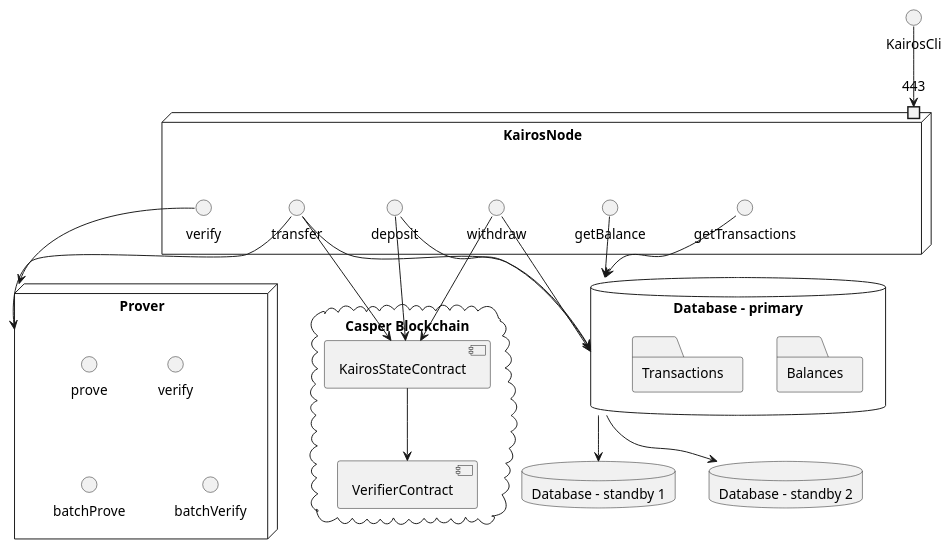
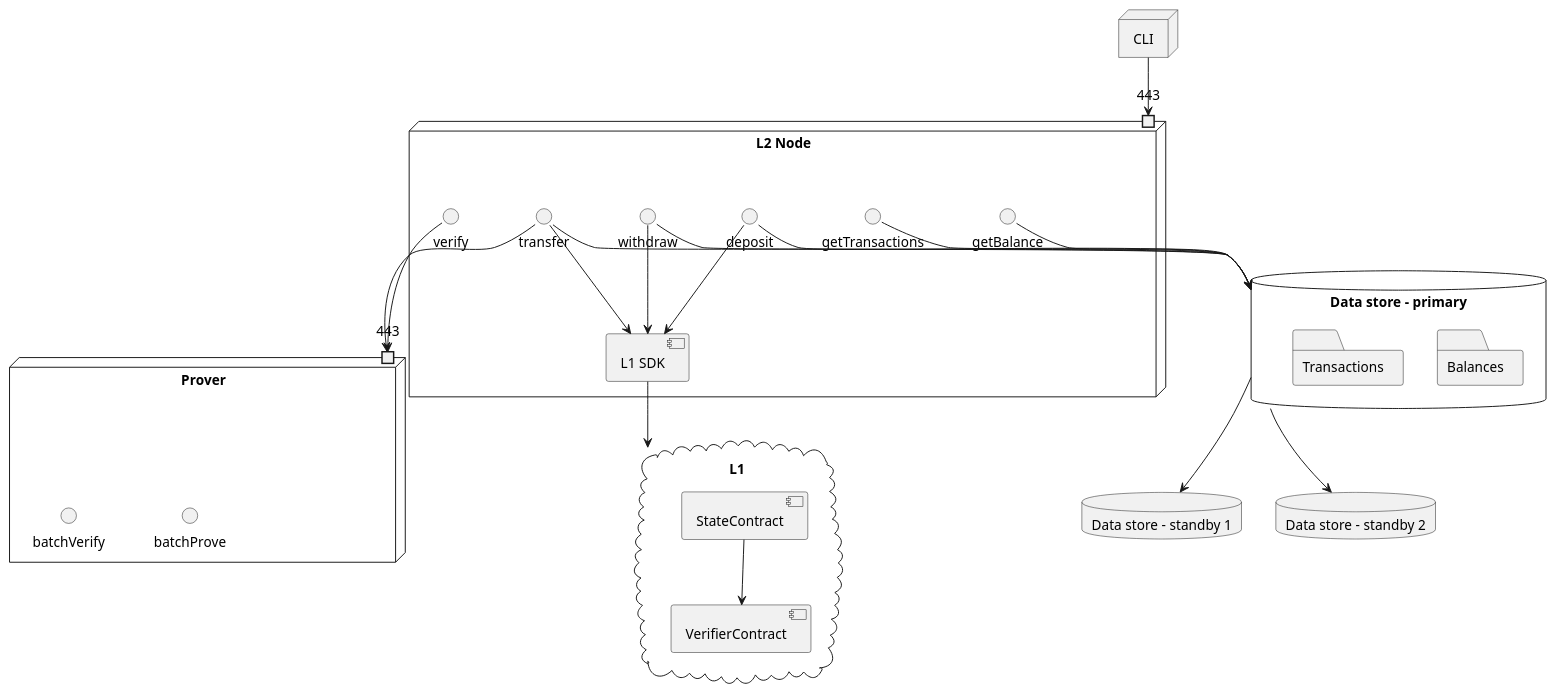
Before and after one commit to cspr-rad/kairos-spec: the diagram in diagrams/components_diagram.puml, drawn with PlantUML.

Commit message:
diagrams: update component diagram

```diff
--- a/diagrams/components_diagram.puml
+++ b/diagrams/components_diagram.puml
@@ -1,57 +1,61 @@
 @startuml
-node "KairosNode" {
+node "CLI" {
+}
+
+node "L2 Node" {
+  [L1 SDK]
   port 443
   () "transfer"
   () "verify"
   () "deposit"
   () "withdraw"
   () "getBalance"
   () "getTransactions"
 }
 
 node "Prover" {
-  () "prove"
-  () "verify" as pVerify
+  port 443 as proverPort
   () "batchProve"
   () "batchVerify"
 }
 
-database "Database - primary" {
+database "Data store - primary" {
   folder "Balances" {
   }
   folder "Transactions" {
   }
 }
-database "Database - standby 1" {
+database "Data store - standby 1" {
 }
-database "Database - standby 2" {
+database "Data store - standby 2" {
 }
-cloud "Casper Blockchain" {
+cloud "L1" {
   [VerifierContract]
-  [KairosStateContract]
+  [StateContract]
 }
 
-"KairosCli" --> "443"
+"CLI" --> "443"
 
-"transfer"  --> "Prover"
-"transfer"  --> "Database - primary"
-"transfer"  --> "KairosStateContract"
+"transfer"  --> "proverPort"
+"transfer"  --> "Data store - primary"
+"transfer"  --> "L1 SDK"
 
 
-"deposit"  --> "KairosStateContract"
-"deposit"  --> "Database - primary"
+"deposit"  --> "L1 SDK"
+"deposit"  --> "Data store - primary"
 
-"withdraw"  --> "KairosStateContract"
-"withdraw"  --> "Database - primary"
+"withdraw"  --> "L1 SDK"
+"withdraw"  --> "Data store - primary"
 
-"verify" --> "Prover"
+"verify" --> "proverPort"
 
-"getBalance"  --> "Database - primary"
+"getBalance"  --> "Data store - primary"
 
-"getTransactions"  --> "Database - primary"
+"getTransactions"  --> "Data store - primary"
 
-"Database - primary" --> "Database - standby 1"
-"Database - primary" --> "Database - standby 2"
+"Data store - primary" --> "Data store - standby 1"
+"Data store - primary" --> "Data store - standby 2"
 
-"KairosStateContract" --> "VerifierContract"
+"L1 SDK" --> L1
+"StateContract" --> "VerifierContract"
 @enduml
```
